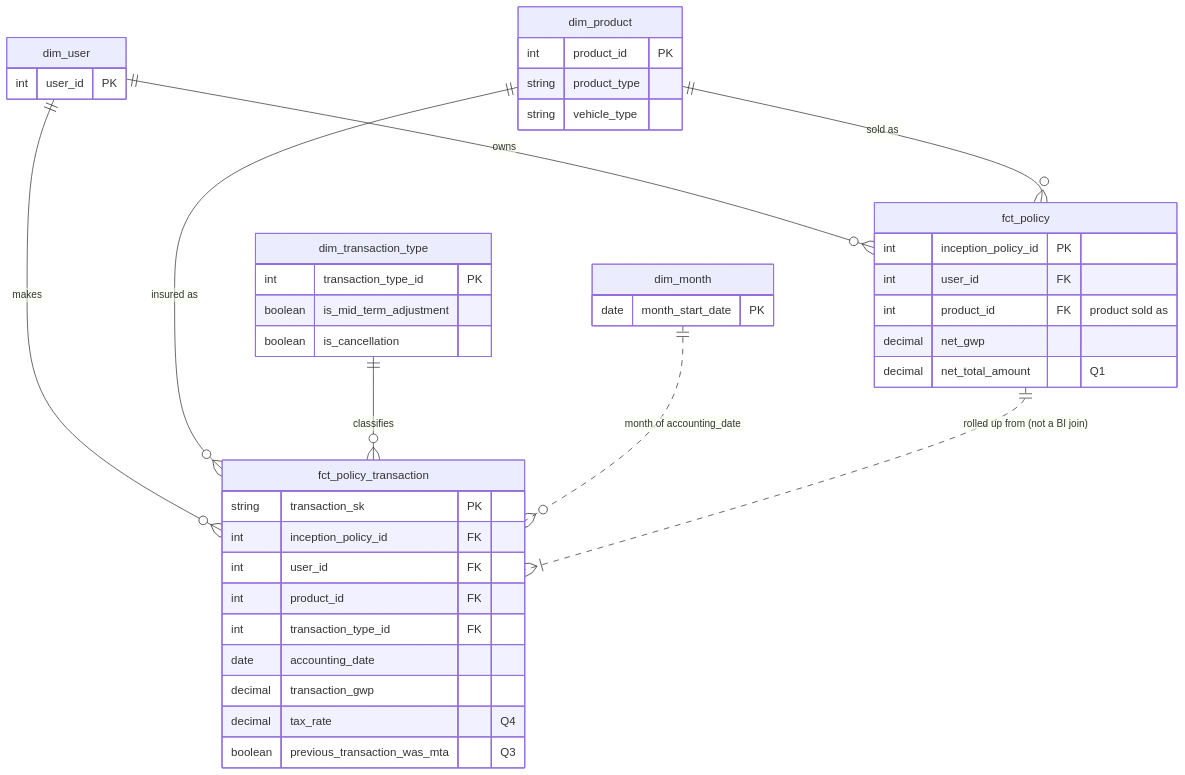
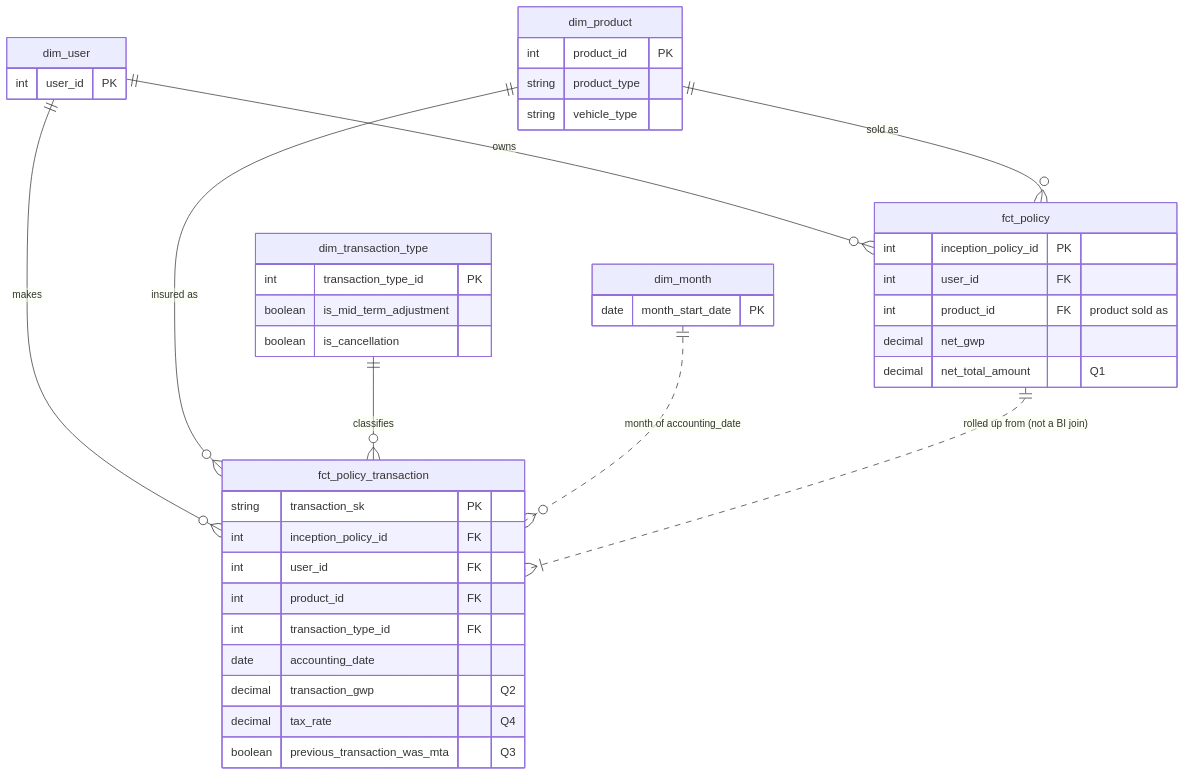
The diagram in README.md (Khalid-Ghzaoui/zego_ae_task), drawn with Mermaid before and after one commit. The commit also changed other lines of this file and 1 other file, not shown here.

````diff
--- a/README.md
+++ b/README.md
@@ -72,45 +62,45 @@
 ```mermaid
 erDiagram
     dim_user ||--o{ fct_policy_transaction : "makes"
     dim_product ||--o{ fct_policy_transaction : "insured as"
     dim_transaction_type ||--o{ fct_policy_transaction : "classifies"
     dim_month ||..o{ fct_policy_transaction : "month of accounting_date"
     dim_user ||--o{ fct_policy : "owns"
     dim_product ||--o{ fct_policy : "sold as"
     fct_policy ||..|{ fct_policy_transaction : "rolled up from (not a BI join)"
 
     fct_policy_transaction {
         string  transaction_sk PK
         int     inception_policy_id FK
         int     user_id FK
         int     product_id FK
         int     transaction_type_id FK
         date    accounting_date
-        decimal transaction_gwp
+        decimal transaction_gwp "Q2"
         decimal tax_rate "Q4"
         boolean previous_transaction_was_mta "Q3"
     }
     fct_policy {
         int     inception_policy_id PK
         int     user_id FK
         int     product_id FK "product sold as"
         decimal net_gwp
         decimal net_total_amount "Q1"
     }
     dim_product {
         int     product_id PK
         string  product_type
         string  vehicle_type
     }
     dim_transaction_type {
         int     transaction_type_id PK
         boolean is_mid_term_adjustment
         boolean is_cancellation
     }
     dim_user {
         int     user_id PK
     }
     dim_month {
         date    month_start_date PK
     }
 ```
````
